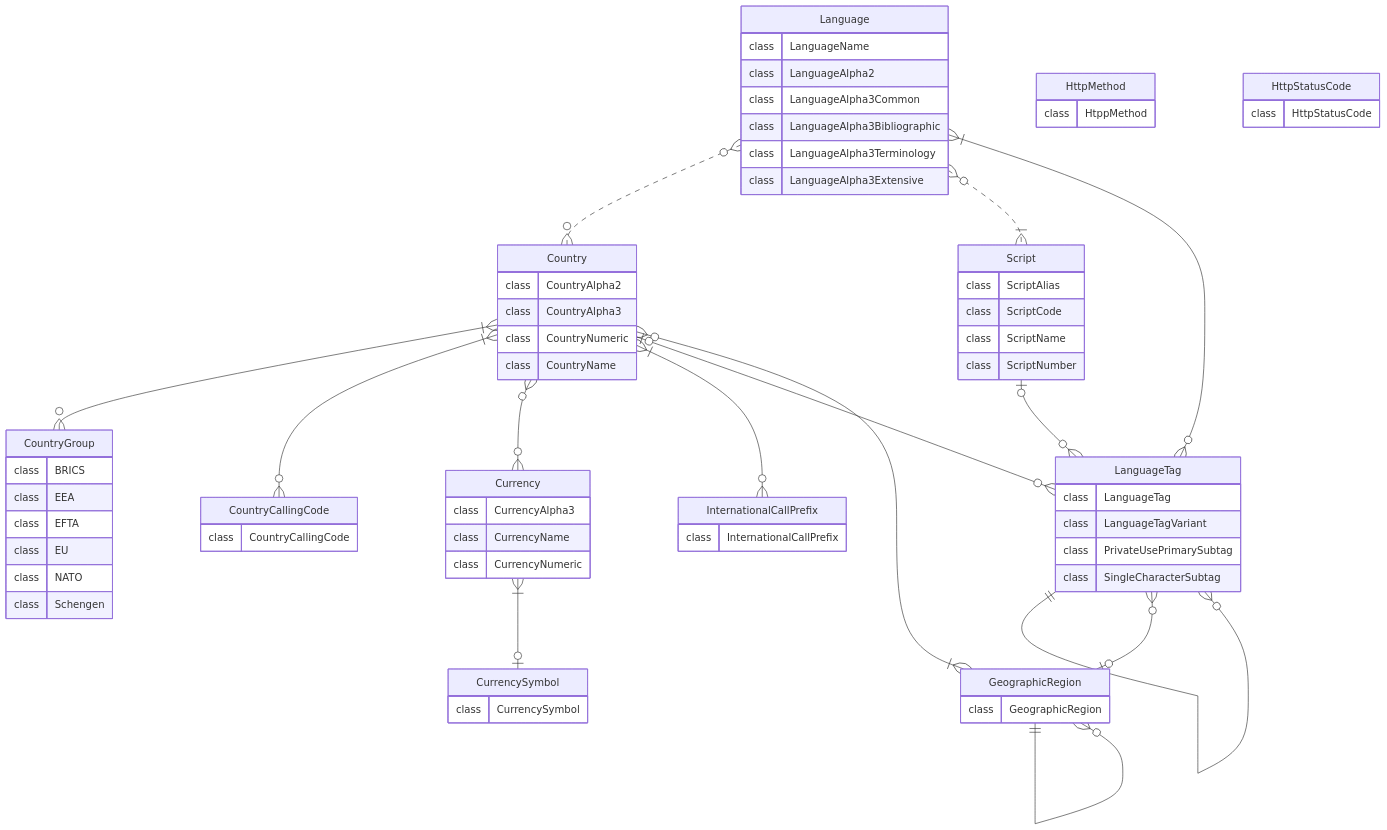
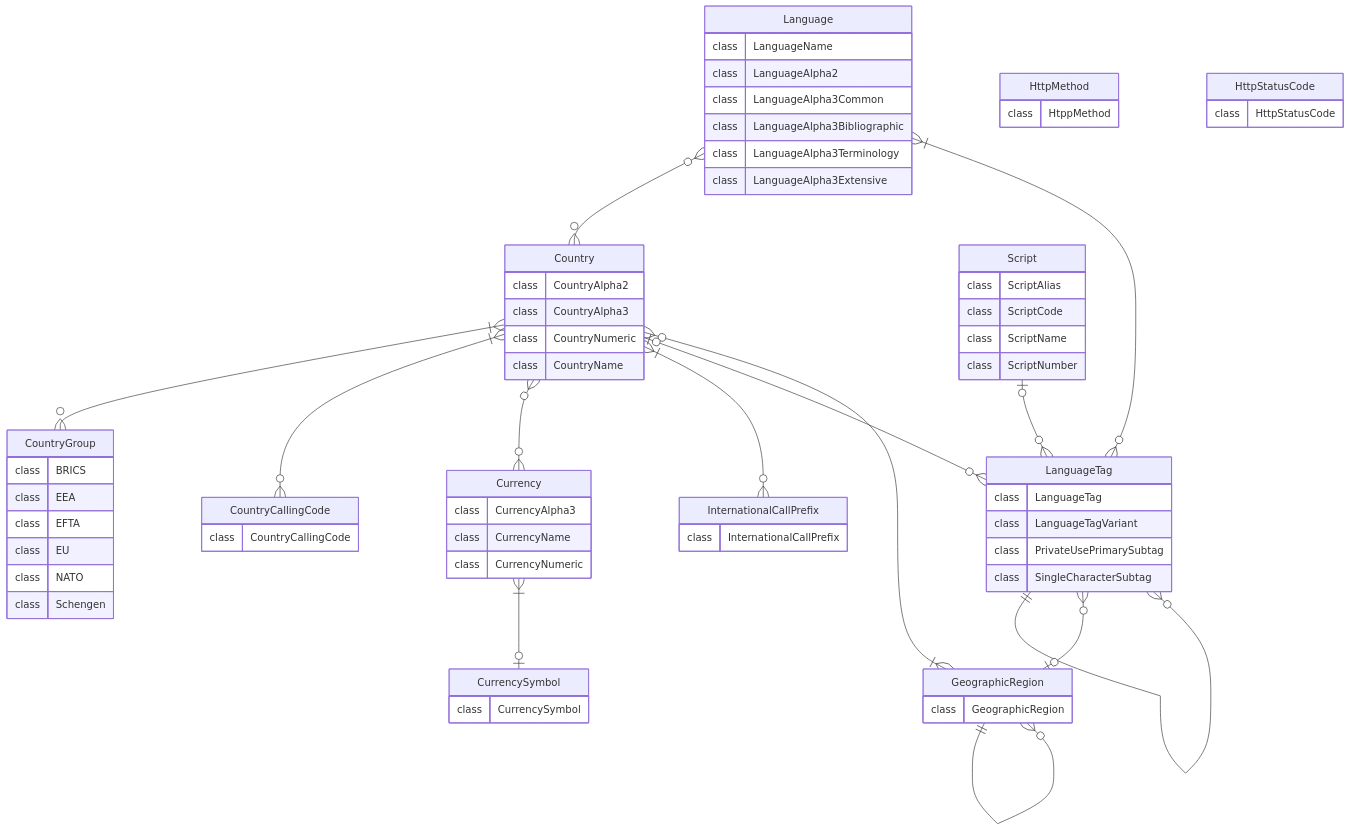
Before and after one commit to PrinsFrank/standards: the first of 3 diagrams in README.md, drawn with Mermaid. The commit also changed other lines of this file and 8 other files, not shown here.

````diff
--- a/README.md
+++ b/README.md
@@ -41,75 +41,74 @@
 ```mermaid
 erDiagram
     Country {
         class CountryAlpha2
         class CountryAlpha3
         class CountryNumeric
         class CountryName
     }
     GeographicRegion {
         class GeographicRegion
     }
     CountryGroup {
         class BRICS
         class EEA
         class EFTA
         class EU
         class NATO
         class Schengen
     }
     CountryCallingCode {
         class CountryCallingCode
     }
     Currency {
         class CurrencyAlpha3
         class CurrencyName
         class CurrencyNumeric
     }
     CurrencySymbol {
         class CurrencySymbol
     }
     InternationalCallPrefix {
         class InternationalCallPrefix
     }
     Language {
         class LanguageName
         class LanguageAlpha2
         class LanguageAlpha3Common
         class LanguageAlpha3Bibliographic
         class LanguageAlpha3Terminology
         class LanguageAlpha3Extensive
     }
     Script {
         class ScriptAlias
         class ScriptCode
         class ScriptName
         class ScriptNumber
     }
     LanguageTag {
         class LanguageTag
         class LanguageTagVariant
         class PrivateUsePrimarySubtag
         class SingleCharacterSubtag
     }
     HttpMethod {
         class HtppMethod
     }
     HttpStatusCode {
         class HttpStatusCode
     }
 
     GeographicRegion }|--o{ Country: ""
     GeographicRegion ||--o{ GeographicRegion: ""
-    Language }o..o{ Country: ""
-    Language }o..|{ Script: ""
+    Language }o--o{ Country: ""
     Country }|--o{ CountryGroup: ""
     Country }|--o{ CountryCallingCode: ""
     Country }o--o{ Currency: ""
     Country }|--o{ InternationalCallPrefix: ""
     Currency }|--o| CurrencySymbol: ""
     LanguageTag ||--o{ LanguageTag: ""
     Language }|--o{ LanguageTag: ""
     Script |o--o{ LanguageTag: ""
     Country |o--o{ LanguageTag: ""
     LanguageTag }o--o| GeographicRegion: ""
 ```
````
